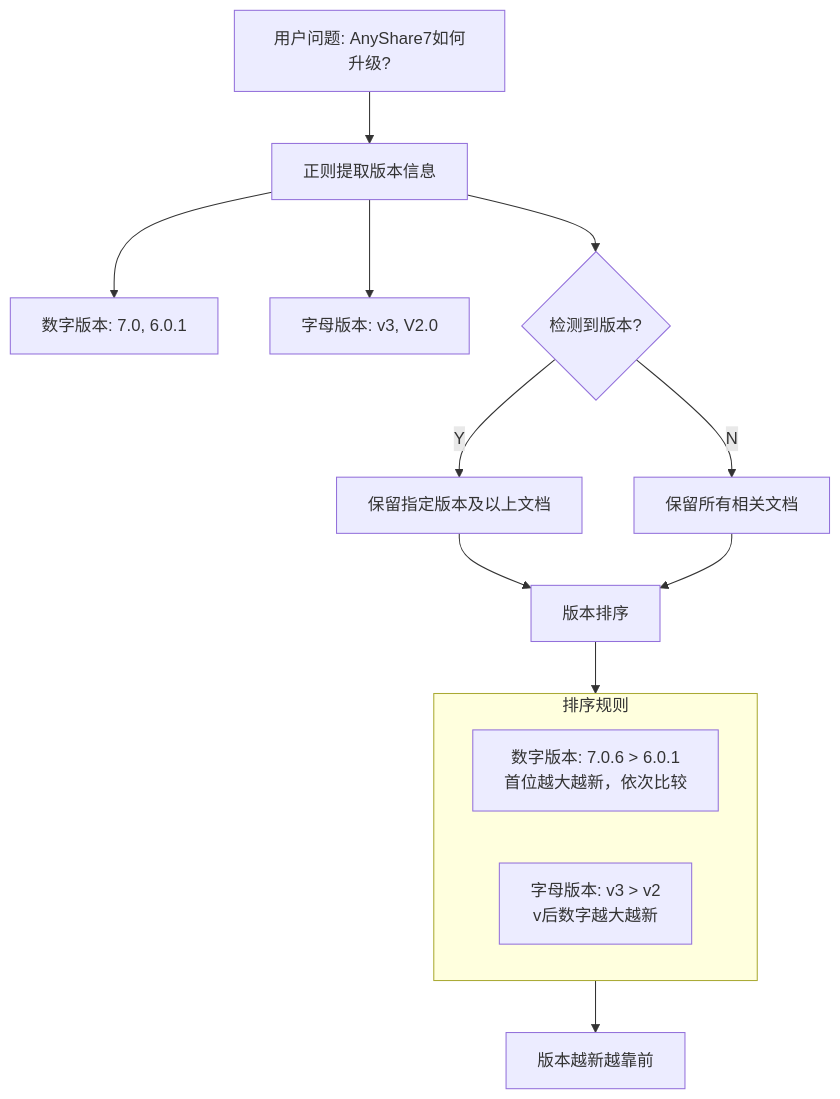
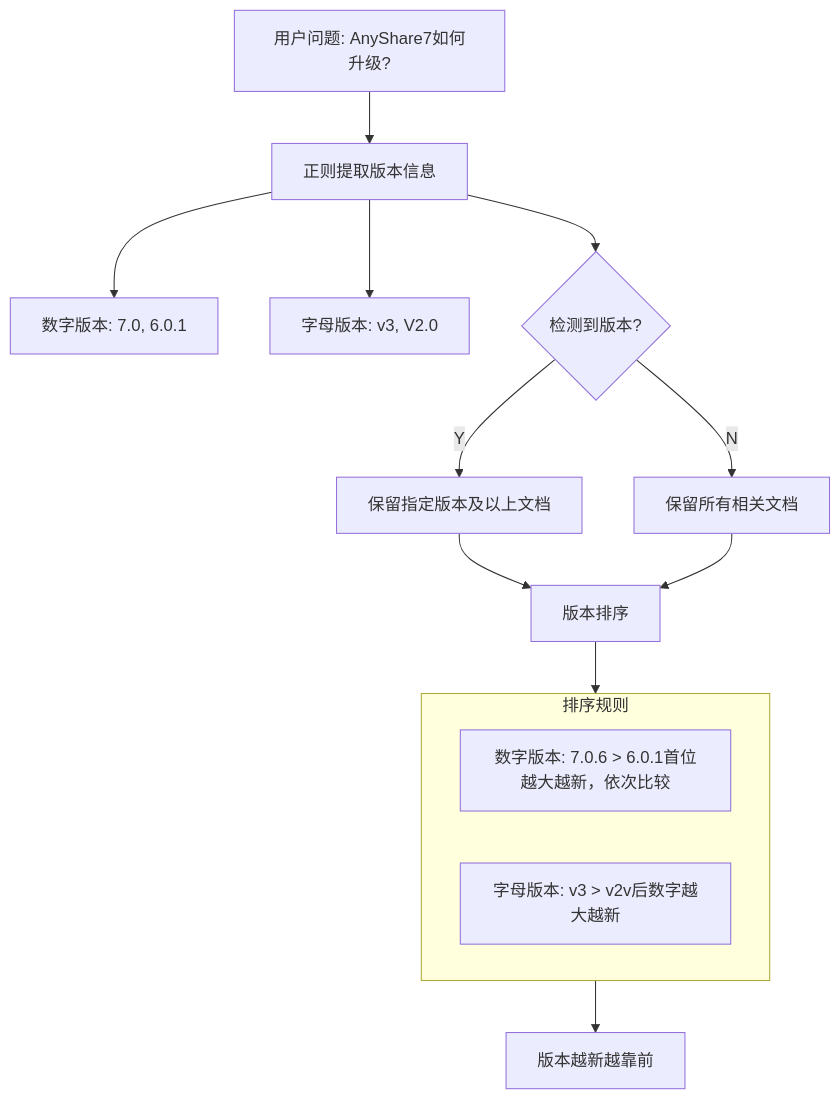
The tenth of 11 diagrams in source/_posts/知识助手技术原理.md (kcenter-ai/kcenter_blog), drawn with Mermaid before and after one commit. The commit also changed other lines of this file, not shown here.

First line of the commit message:
Fix: 修复 Mermaid 图表decision node显示问题

````diff
--- a/source/_posts/知识助手技术原理.md
+++ b/source/_posts/知识助手技术原理.md
@@ -417,19 +417,19 @@
 ```mermaid
 flowchart TB
     A[用户问题: AnyShare7如何升级?] --> B[正则提取版本信息]
     B --> B1[数字版本: 7.0, 6.0.1]
     B --> B2[字母版本: v3, V2.0]
     
-    B --> C{检测到版本?}
+    B --> C{"检测到版本?"}
     C -->|Y| D[保留指定版本及以上文档]
     C -->|N| E[保留所有相关文档]
     D --> F[版本排序]
     E --> F
     
     subgraph F1["排序规则"]
-        F2[数字版本: 7.0.6 > 6.0.1<br/>首位越大越新，依次比较]
-        F3[字母版本: v3 > v2<br/>v后数字越大越新]
+        F2[数字版本: 7.0.6 > 6.0.1首位越大越新，依次比较]
+        F3[字母版本: v3 > v2v后数字越大越新]
     end
     F --> F1
     F1 --> G[版本越新越靠前]
 ```
````
